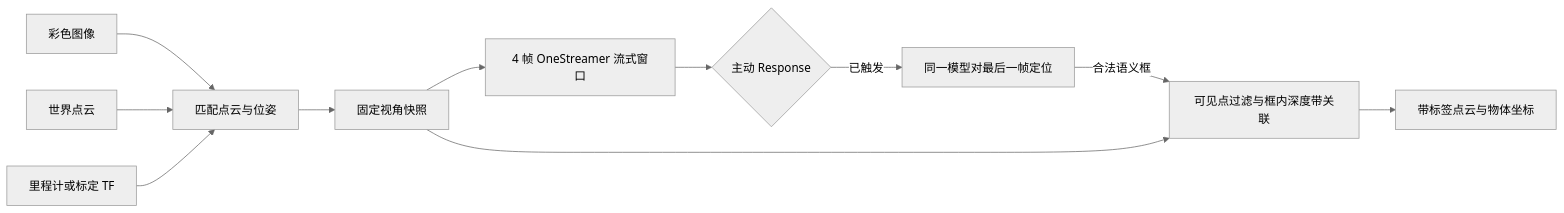
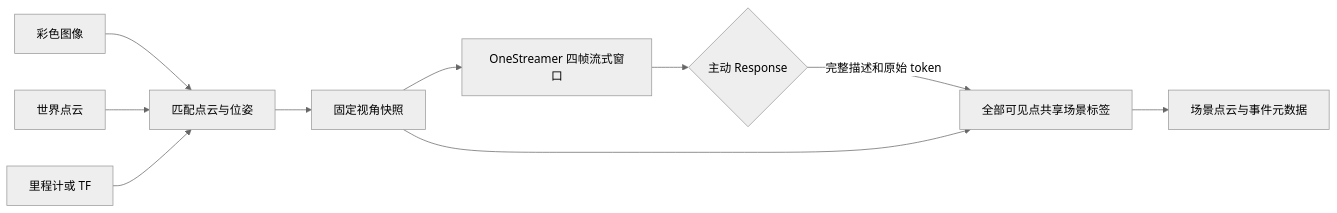
One commit to Robocket/VLN changed the diagram in docs/streaming-semantics.md. Above: the diagram before and after it, drawn with Mermaid (neutral theme). The commit also changed other lines of this file and 19 other files, not shown here.

````diff
--- a/docs/streaming-semantics.md
+++ b/docs/streaming-semantics.md
@@ -8,13 +8,12 @@
 ```mermaid
 flowchart LR
   RGB[彩色图像] --> SYNC[匹配点云与位姿]
   CLOUD[世界点云] --> SYNC
-  POSE[里程计或标定 TF] --> SYNC
+  POSE[里程计或 TF] --> SYNC
   SYNC --> SNAP[固定视角快照]
-  SNAP --> STREAM[4 帧 OneStreamer 流式窗口]
+  SNAP --> STREAM[OneStreamer 四帧流式窗口]
   STREAM --> EVENT{主动 Response}
-  EVENT -->|已触发| GROUND[同一模型对最后一帧定位]
-  GROUND -->|合法语义框| LABEL[可见点过滤与框内深度带关联]
+  EVENT -->|完整描述和原始 token| LABEL[全部可见点共享场景标签]
   SNAP --> LABEL
-  LABEL --> OUT[带标签点云与物体坐标]
+  LABEL --> OUT[场景点云与事件元数据]
 ```
````
